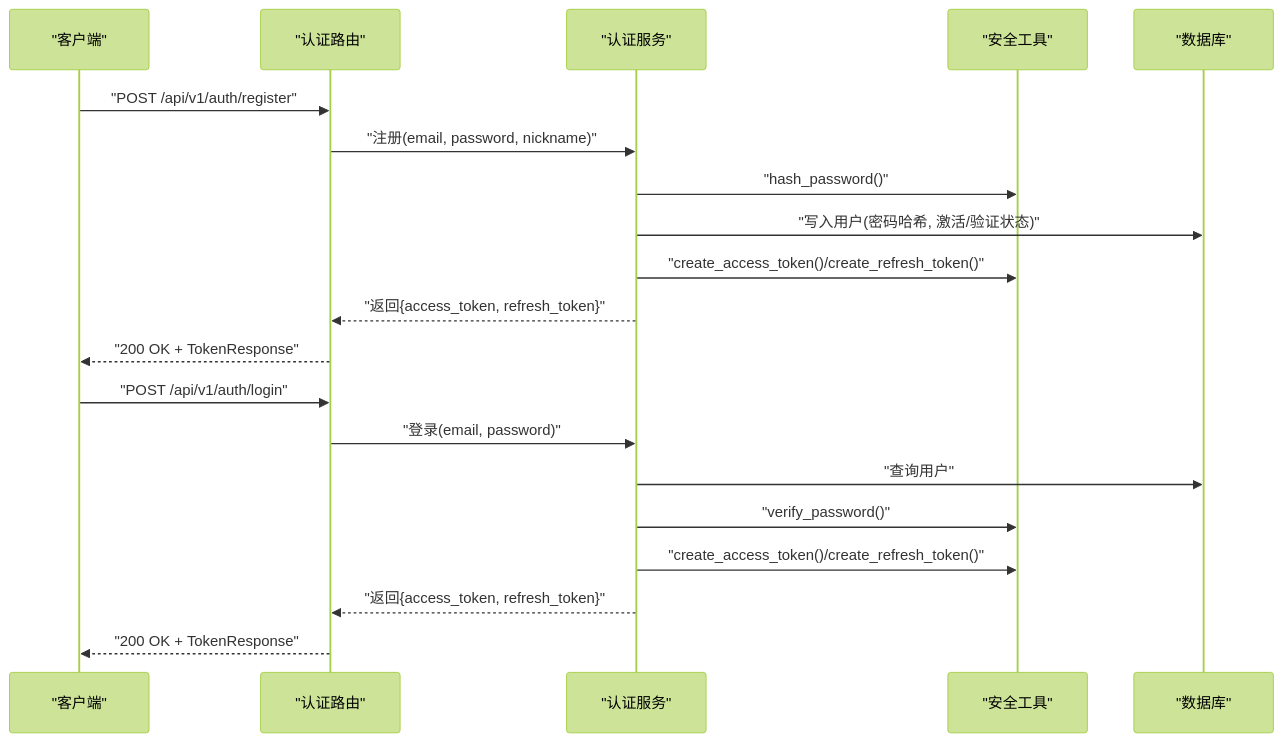
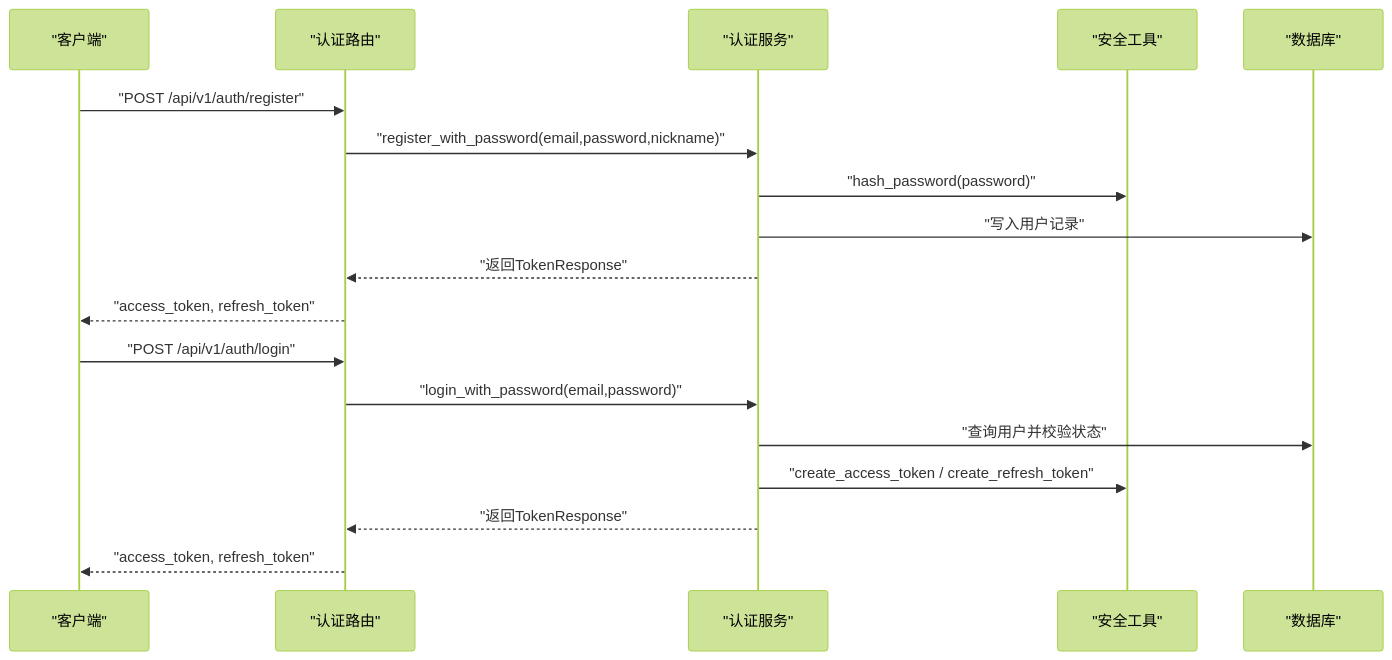
One commit to selectzhangyuan/AI-photo-coach changed the second of 4 diagrams in .qoder/repowiki/zh/content/后端API文档/认证API.md. Above: the diagram before and after it, drawn with Mermaid (forest theme). The commit also changed other lines of this file and 128 other files, not shown here.

````diff
--- a/.qoder/repowiki/zh/content/后端API文档/认证API.md
+++ b/.qoder/repowiki/zh/content/后端API文档/认证API.md
@@ -129,22 +128,20 @@
 ```mermaid
 sequenceDiagram
 participant Client as "客户端"
 participant Router as "认证路由"
 participant Service as "认证服务"
 participant Security as "安全工具"
 participant DB as "数据库"
 Client->>Router : "POST /api/v1/auth/register"
-Router->>Service : "注册(email, password, nickname)"
-Service->>Security : "hash_password()"
-Service->>DB : "写入用户(密码哈希, 激活/验证状态)"
-Service->>Security : "create_access_token()/create_refresh_token()"
-Service-->>Router : "返回{access_token, refresh_token}"
-Router-->>Client : "200 OK + TokenResponse"
+Router->>Service : "register_with_password(email,password,nickname)"
+Service->>Security : "hash_password(password)"
+Service->>DB : "写入用户记录"
+Service-->>Router : "返回TokenResponse"
+Router-->>Client : "access_token, refresh_token"
 Client->>Router : "POST /api/v1/auth/login"
-Router->>Service : "登录(email, password)"
-Service->>DB : "查询用户"
-Service->>Security : "verify_password()"
-Service->>Security : "create_access_token()/create_refresh_token()"
-Service-->>Router : "返回{access_token, refresh_token}"
-Router-->>Client : "200 OK + TokenResponse"
+Router->>Service : "login_with_password(email,password)"
+Service->>DB : "查询用户并校验状态"
+Service->>Security : "create_access_token / create_refresh_token"
+Service-->>Router : "返回TokenResponse"
+Router-->>Client : "access_token, refresh_token"
 ```
````
